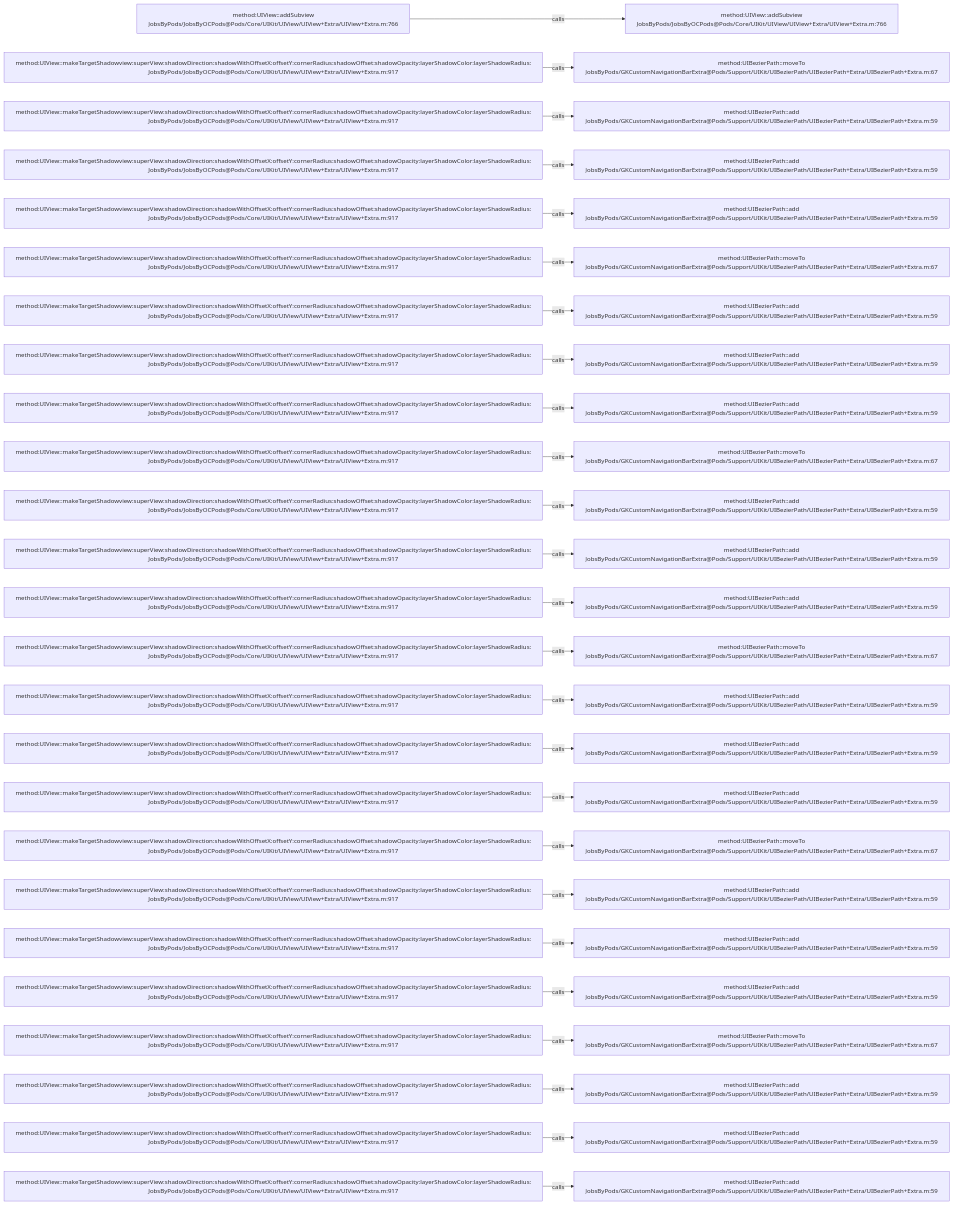
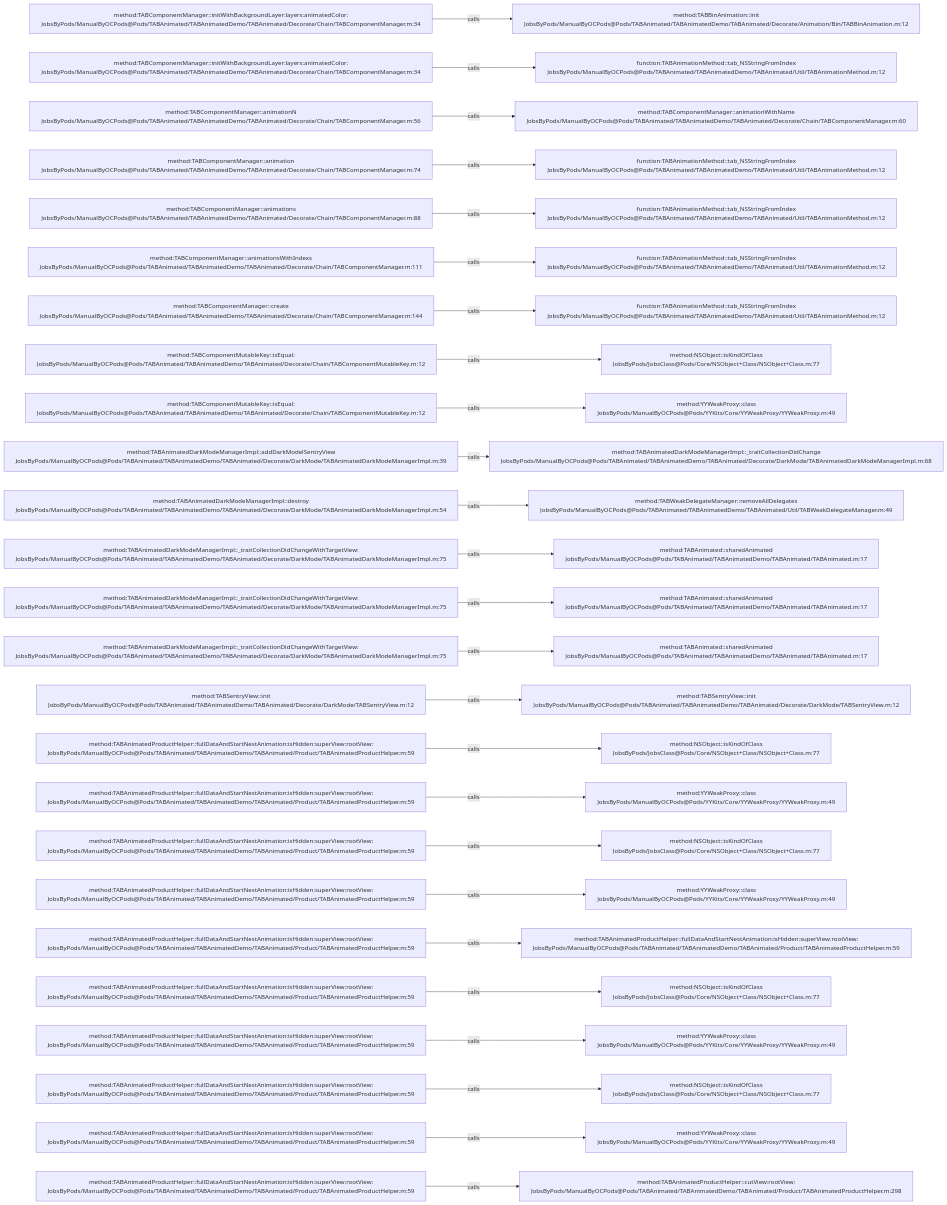
One commit to JobsKits/JobsOCBaseConfigDemo changed the diagram in .codegraph/codegraph.md/graphs/calls-040.md. Above: the diagram before and after it, drawn with Mermaid. The commit also changed 2162 other files, not shown here.

````diff
--- a/.codegraph/codegraph.md/graphs/calls-040.md
+++ b/.codegraph/codegraph.md/graphs/calls-040.md
@@ -13,78 +13,78 @@
 ```mermaid
 flowchart LR
-  S1["method:UIView::addSubview<br/>JobsByPods/JobsByOCPods@Pods/Core/UIKit/UIView/UIView+Extra/UIView+Extra.m:766"]
-  T1["method:UIView::addSubview<br/>JobsByPods/JobsByOCPods@Pods/Core/UIKit/UIView/UIView+Extra/UIView+Extra.m:766"]
+  S1["method:TABComponentManager::initWithBackgroundLayer:layers:animatedColor:<br/>JobsByPods/ManualByOCPods@Pods/TABAnimated/TABAnimatedDemo/TABAnimated/Decorate/Chain/TABComponentManager.m:34"]
+  T1["method:TABBinAnimation::init<br/>JobsByPods/ManualByOCPods@Pods/TABAnimated/TABAnimatedDemo/TABAnimated/Decorate/Animation/Bin/TABBinAnimation.m:12"]
   S1 -->|calls| T1
-  S2["method:UIView::makeTargetShadowview:superView:shadowDirection:shadowWithOffsetX:offsetY:cornerRadius:shadowOffset:shadowOpacity:layerShadowColor:layerShadowRadius:<br/>JobsByPods/JobsByOCPods@Pods/Core/UIKit/UIView/UIView+Extra/UIView+Extra.m:917"]
-  T2["method:UIBezierPath::moveTo<br/>JobsByPods/GKCustomNavigationBarExtra@Pods/Support/UIKit/UIBezierPath/UIBezierPath+Extra/UIBezierPath+Extra.m:67"]
+  S2["method:TABComponentManager::initWithBackgroundLayer:layers:animatedColor:<br/>JobsByPods/ManualByOCPods@Pods/TABAnimated/TABAnimatedDemo/TABAnimated/Decorate/Chain/TABComponentManager.m:34"]
+  T2["function:TABAnimationMethod::tab_NSStringFromIndex<br/>JobsByPods/ManualByOCPods@Pods/TABAnimated/TABAnimatedDemo/TABAnimated/Util/TABAnimationMethod.m:12"]
   S2 -->|calls| T2
-  S3["method:UIView::makeTargetShadowview:superView:shadowDirection:shadowWithOffsetX:offsetY:cornerRadius:shadowOffset:shadowOpacity:layerShadowColor:layerShadowRadius:<br/>JobsByPods/JobsByOCPods@Pods/Core/UIKit/UIView/UIView+Extra/UIView+Extra.m:917"]
-  T3["method:UIBezierPath::add<br/>JobsByPods/GKCustomNavigationBarExtra@Pods/Support/UIKit/UIBezierPath/UIBezierPath+Extra/UIBezierPath+Extra.m:59"]
+  S3["method:TABComponentManager::animationN<br/>JobsByPods/ManualByOCPods@Pods/TABAnimated/TABAnimatedDemo/TABAnimated/Decorate/Chain/TABComponentManager.m:56"]
+  T3["method:TABComponentManager::animationWithName<br/>JobsByPods/ManualByOCPods@Pods/TABAnimated/TABAnimatedDemo/TABAnimated/Decorate/Chain/TABComponentManager.m:60"]
   S3 -->|calls| T3
-  S4["method:UIView::makeTargetShadowview:superView:shadowDirection:shadowWithOffsetX:offsetY:cornerRadius:shadowOffset:shadowOpacity:layerShadowColor:layerShadowRadius:<br/>JobsByPods/JobsByOCPods@Pods/Core/UIKit/UIView/UIView+Extra/UIView+Extra.m:917"]
-  T4["method:UIBezierPath::add<br/>JobsByPods/GKCustomNavigationBarExtra@Pods/Support/UIKit/UIBezierPath/UIBezierPath+Extra/UIBezierPath+Extra.m:59"]
+  S4["method:TABComponentManager::animation<br/>JobsByPods/ManualByOCPods@Pods/TABAnimated/TABAnimatedDemo/TABAnimated/Decorate/Chain/TABComponentManager.m:74"]
+  T4["function:TABAnimationMethod::tab_NSStringFromIndex<br/>JobsByPods/ManualByOCPods@Pods/TABAnimated/TABAnimatedDemo/TABAnimated/Util/TABAnimationMethod.m:12"]
   S4 -->|calls| T4
-  S5["method:UIView::makeTargetShadowview:superView:shadowDirection:shadowWithOffsetX:offsetY:cornerRadius:shadowOffset:shadowOpacity:layerShadowColor:layerShadowRadius:<br/>JobsByPods/JobsByOCPods@Pods/Core/UIKit/UIView/UIView+Extra/UIView+Extra.m:917"]
-  T5["method:UIBezierPath::add<br/>JobsByPods/GKCustomNavigationBarExtra@Pods/Support/UIKit/UIBezierPath/UIBezierPath+Extra/UIBezierPath+Extra.m:59"]
+  S5["method:TABComponentManager::animations<br/>JobsByPods/ManualByOCPods@Pods/TABAnimated/TABAnimatedDemo/TABAnimated/Decorate/Chain/TABComponentManager.m:88"]
+  T5["function:TABAnimationMethod::tab_NSStringFromIndex<br/>JobsByPods/ManualByOCPods@Pods/TABAnimated/TABAnimatedDemo/TABAnimated/Util/TABAnimationMethod.m:12"]
   S5 -->|calls| T5
-  S6["method:UIView::makeTargetShadowview:superView:shadowDirection:shadowWithOffsetX:offsetY:cornerRadius:shadowOffset:shadowOpacity:layerShadowColor:layerShadowRadius:<br/>JobsByPods/JobsByOCPods@Pods/Core/UIKit/UIView/UIView+Extra/UIView+Extra.m:917"]
-  T6["method:UIBezierPath::moveTo<br/>JobsByPods/GKCustomNavigationBarExtra@Pods/Support/UIKit/UIBezierPath/UIBezierPath+Extra/UIBezierPath+Extra.m:67"]
+  S6["method:TABComponentManager::animationsWithIndexs<br/>JobsByPods/ManualByOCPods@Pods/TABAnimated/TABAnimatedDemo/TABAnimated/Decorate/Chain/TABComponentManager.m:111"]
+  T6["function:TABAnimationMethod::tab_NSStringFromIndex<br/>JobsByPods/ManualByOCPods@Pods/TABAnimated/TABAnimatedDemo/TABAnimated/Util/TABAnimationMethod.m:12"]
   S6 -->|calls| T6
-  S7["method:UIView::makeTargetShadowview:superView:shadowDirection:shadowWithOffsetX:offsetY:cornerRadius:shadowOffset:shadowOpacity:layerShadowColor:layerShadowRadius:<br/>JobsByPods/JobsByOCPods@Pods/Core/UIKit/UIView/UIView+Extra/UIView+Extra.m:917"]
-  T7["method:UIBezierPath::add<br/>JobsByPods/GKCustomNavigationBarExtra@Pods/Support/UIKit/UIBezierPath/UIBezierPath+Extra/UIBezierPath+Extra.m:59"]
+  S7["method:TABComponentManager::create<br/>JobsByPods/ManualByOCPods@Pods/TABAnimated/TABAnimatedDemo/TABAnimated/Decorate/Chain/TABComponentManager.m:144"]
+  T7["function:TABAnimationMethod::tab_NSStringFromIndex<br/>JobsByPods/ManualByOCPods@Pods/TABAnimated/TABAnimatedDemo/TABAnimated/Util/TABAnimationMethod.m:12"]
   S7 -->|calls| T7
-  S8["method:UIView::makeTargetShadowview:superView:shadowDirection:shadowWithOffsetX:offsetY:cornerRadius:shadowOffset:shadowOpacity:layerShadowColor:layerShadowRadius:<br/>JobsByPods/JobsByOCPods@Pods/Core/UIKit/UIView/UIView+Extra/UIView+Extra.m:917"]
-  T8["method:UIBezierPath::add<br/>JobsByPods/GKCustomNavigationBarExtra@Pods/Support/UIKit/UIBezierPath/UIBezierPath+Extra/UIBezierPath+Extra.m:59"]
+  S8["method:TABComponentMutableKey::isEqual:<br/>JobsByPods/ManualByOCPods@Pods/TABAnimated/TABAnimatedDemo/TABAnimated/Decorate/Chain/TABComponentMutableKey.m:12"]
+  T8["method:NSObject::isKindOfClass<br/>JobsByPods/JobsClass@Pods/Core/NSObject+Class/NSObject+Class.m:77"]
   S8 -->|calls| T8
-  S9["method:UIView::makeTargetShadowview:superView:shadowDirection:shadowWithOffsetX:offsetY:cornerRadius:shadowOffset:shadowOpacity:layerShadowColor:layerShadowRadius:<br/>JobsByPods/JobsByOCPods@Pods/Core/UIKit/UIView/UIView+Extra/UIView+Extra.m:917"]
-  T9["method:UIBezierPath::add<br/>JobsByPods/GKCustomNavigationBarExtra@Pods/Support/UIKit/UIBezierPath/UIBezierPath+Extra/UIBezierPath+Extra.m:59"]
+  S9["method:TABComponentMutableKey::isEqual:<br/>JobsByPods/ManualByOCPods@Pods/TABAnimated/TABAnimatedDemo/TABAnimated/Decorate/Chain/TABComponentMutableKey.m:12"]
+  T9["method:YYWeakProxy::class<br/>JobsByPods/ManualByOCPods@Pods/YYKits/Core/YYWeakProxy/YYWeakProxy.m:49"]
   S9 -->|calls| T9
-  S10["method:UIView::makeTargetShadowview:superView:shadowDirection:shadowWithOffsetX:offsetY:cornerRadius:shadowOffset:shadowOpacity:layerShadowColor:layerShadowRadius:<br/>JobsByPods/JobsByOCPods@Pods/Core/UIKit/UIView/UIView+Extra/UIView+Extra.m:917"]
-  T10["method:UIBezierPath::moveTo<br/>JobsByPods/GKCustomNavigationBarExtra@Pods/Support/UIKit/UIBezierPath/UIBezierPath+Extra/UIBezierPath+Extra.m:67"]
+  S10["method:TABAnimatedDarkModeManagerImpl::addDarkModelSentryView<br/>JobsByPods/ManualByOCPods@Pods/TABAnimated/TABAnimatedDemo/TABAnimated/Decorate/DarkMode/TABAnimatedDarkModeManagerImpl.m:39"]
+  T10["method:TABAnimatedDarkModeManagerImpl::_traitCollectionDidChange<br/>JobsByPods/ManualByOCPods@Pods/TABAnimated/TABAnimatedDemo/TABAnimated/Decorate/DarkMode/TABAnimatedDarkModeManagerImpl.m:68"]
   S10 -->|calls| T10
-  S11["method:UIView::makeTargetShadowview:superView:shadowDirection:shadowWithOffsetX:offsetY:cornerRadius:shadowOffset:shadowOpacity:layerShadowColor:layerShadowRadius:<br/>JobsByPods/JobsByOCPods@Pods/Core/UIKit/UIView/UIView+Extra/UIView+Extra.m:917"]
-  T11["method:UIBezierPath::add<br/>JobsByPods/GKCustomNavigationBarExtra@Pods/Support/UIKit/UIBezierPath/UIBezierPath+Extra/UIBezierPath+Extra.m:59"]
+  S11["method:TABAnimatedDarkModeManagerImpl::destroy<br/>JobsByPods/ManualByOCPods@Pods/TABAnimated/TABAnimatedDemo/TABAnimated/Decorate/DarkMode/TABAnimatedDarkModeManagerImpl.m:54"]
+  T11["method:TABWeakDelegateManager::removeAllDelegates<br/>JobsByPods/ManualByOCPods@Pods/TABAnimated/TABAnimatedDemo/TABAnimated/Util/TABWeakDelegateManager.m:49"]
   S11 -->|calls| T11
-  S12["method:UIView::makeTargetShadowview:superView:shadowDirection:shadowWithOffsetX:offsetY:cornerRadius:shadowOffset:shadowOpacity:layerShadowColor:layerShadowRadius:<br/>JobsByPods/JobsByOCPods@Pods/Core/UIKit/UIView/UIView+Extra/UIView+Extra.m:917"]
-  T12["method:UIBezierPath::add<br/>JobsByPods/GKCustomNavigationBarExtra@Pods/Support/UIKit/UIBezierPath/UIBezierPath+Extra/UIBezierPath+Extra.m:59"]
+  S12["method:TABAnimatedDarkModeManagerImpl::_traitCollectionDidChangeWithTargetView:<br/>JobsByPods/ManualByOCPods@Pods/TABAnimated/TABAnimatedDemo/TABAnimated/Decorate/DarkMode/TABAnimatedDarkModeManagerImpl.m:75"]
+  T12["method:TABAnimated::sharedAnimated<br/>JobsByPods/ManualByOCPods@Pods/TABAnimated/TABAnimatedDemo/TABAnimated/TABAnimated.m:17"]
   S12 -->|calls| T12
-  S13["method:UIView::makeTargetShadowview:superView:shadowDirection:shadowWithOffsetX:offsetY:cornerRadius:shadowOffset:shadowOpacity:layerShadowColor:layerShadowRadius:<br/>JobsByPods/JobsByOCPods@Pods/Core/UIKit/UIView/UIView+Extra/UIView+Extra.m:917"]
-  T13["method:UIBezierPath::add<br/>JobsByPods/GKCustomNavigationBarExtra@Pods/Support/UIKit/UIBezierPath/UIBezierPath+Extra/UIBezierPath+Extra.m:59"]
+  S13["method:TABAnimatedDarkModeManagerImpl::_traitCollectionDidChangeWithTargetView:<br/>JobsByPods/ManualByOCPods@Pods/TABAnimated/TABAnimatedDemo/TABAnimated/Decorate/DarkMode/TABAnimatedDarkModeManagerImpl.m:75"]
+  T13["method:TABAnimated::sharedAnimated<br/>JobsByPods/ManualByOCPods@Pods/TABAnimated/TABAnimatedDemo/TABAnimated/TABAnimated.m:17"]
   S13 -->|calls| T13
-  S14["method:UIView::makeTargetShadowview:superView:shadowDirection:shadowWithOffsetX:offsetY:cornerRadius:shadowOffset:shadowOpacity:layerShadowColor:layerShadowRadius:<br/>JobsByPods/JobsByOCPods@Pods/Core/UIKit/UIView/UIView+Extra/UIView+Extra.m:917"]
-  T14["method:UIBezierPath::moveTo<br/>JobsByPods/GKCustomNavigationBarExtra@Pods/Support/UIKit/UIBezierPath/UIBezierPath+Extra/UIBezierPath+Extra.m:67"]
+  S14["method:TABAnimatedDarkModeManagerImpl::_traitCollectionDidChangeWithTargetView:<br/>JobsByPods/ManualByOCPods@Pods/TABAnimated/TABAnimatedDemo/TABAnimated/Decorate/DarkMode/TABAnimatedDarkModeManagerImpl.m:75"]
+  T14["method:TABAnimated::sharedAnimated<br/>JobsByPods/ManualByOCPods@Pods/TABAnimated/TABAnimatedDemo/TABAnimated/TABAnimated.m:17"]
   S14 -->|calls| T14
-  S15["method:UIView::makeTargetShadowview:superView:shadowDirection:shadowWithOffsetX:offsetY:cornerRadius:shadowOffset:shadowOpacity:layerShadowColor:layerShadowRadius:<br/>JobsByPods/JobsByOCPods@Pods/Core/UIKit/UIView/UIView+Extra/UIView+Extra.m:917"]
-  T15["method:UIBezierPath::add<br/>JobsByPods/GKCustomNavigationBarExtra@Pods/Support/UIKit/UIBezierPath/UIBezierPath+Extra/UIBezierPath+Extra.m:59"]
+  S15["method:TABSentryView::init<br/>JobsByPods/ManualByOCPods@Pods/TABAnimated/TABAnimatedDemo/TABAnimated/Decorate/DarkMode/TABSentryView.m:12"]
+  T15["method:TABSentryView::init<br/>JobsByPods/ManualByOCPods@Pods/TABAnimated/TABAnimatedDemo/TABAnimated/Decorate/DarkMode/TABSentryView.m:12"]
   S15 -->|calls| T15
-  S16["method:UIView::makeTargetShadowview:superView:shadowDirection:shadowWithOffsetX:offsetY:cornerRadius:shadowOffset:shadowOpacity:layerShadowColor:layerShadowRadius:<br/>JobsByPods/JobsByOCPods@Pods/Core/UIKit/UIView/UIView+Extra/UIView+Extra.m:917"]
-  T16["method:UIBezierPath::add<br/>JobsByPods/GKCustomNavigationBarExtra@Pods/Support/UIKit/UIBezierPath/UIBezierPath+Extra/UIBezierPath+Extra.m:59"]
+  S16["method:TABAnimatedProductHelper::fullDataAndStartNestAnimation:isHidden:superView:rootView:<br/>JobsByPods/ManualByOCPods@Pods/TABAnimated/TABAnimatedDemo/TABAnimated/Product/TABAnimatedProductHelper.m:59"]
+  T16["method:NSObject::isKindOfClass<br/>JobsByPods/JobsClass@Pods/Core/NSObject+Class/NSObject+Class.m:77"]
   S16 -->|calls| T16
-  S17["method:UIView::makeTargetShadowview:superView:shadowDirection:shadowWithOffsetX:offsetY:cornerRadius:shadowOffset:shadowOpacity:layerShadowColor:layerShadowRadius:<br/>JobsByPods/JobsByOCPods@Pods/Core/UIKit/UIView/UIView+Extra/UIView+Extra.m:917"]
-  T17["method:UIBezierPath::add<br/>JobsByPods/GKCustomNavigationBarExtra@Pods/Support/UIKit/UIBezierPath/UIBezierPath+Extra/UIBezierPath+Extra.m:59"]
+  S17["method:TABAnimatedProductHelper::fullDataAndStartNestAnimation:isHidden:superView:rootView:<br/>JobsByPods/ManualByOCPods@Pods/TABAnimated/TABAnimatedDemo/TABAnimated/Product/TABAnimatedProductHelper.m:59"]
+  T17["method:YYWeakProxy::class<br/>JobsByPods/ManualByOCPods@Pods/YYKits/Core/YYWeakProxy/YYWeakProxy.m:49"]
   S17 -->|calls| T17
-  S18["method:UIView::makeTargetShadowview:superView:shadowDirection:shadowWithOffsetX:offsetY:cornerRadius:shadowOffset:shadowOpacity:layerShadowColor:layerShadowRadius:<br/>JobsByPods/JobsByOCPods@Pods/Core/UIKit/UIView/UIView+Extra/UIView+Extra.m:917"]
-  T18["method:UIBezierPath::moveTo<br/>JobsByPods/GKCustomNavigationBarExtra@Pods/Support/UIKit/UIBezierPath/UIBezierPath+Extra/UIBezierPath+Extra.m:67"]
+  S18["method:TABAnimatedProductHelper::fullDataAndStartNestAnimation:isHidden:superView:rootView:<br/>JobsByPods/ManualByOCPods@Pods/TABAnimated/TABAnimatedDemo/TABAnimated/Product/TABAnimatedProductHelper.m:59"]
+  T18["method:NSObject::isKindOfClass<br/>JobsByPods/JobsClass@Pods/Core/NSObject+Class/NSObject+Class.m:77"]
   S18 -->|calls| T18
-  S19["method:UIView::makeTargetShadowview:superView:shadowDirection:shadowWithOffsetX:offsetY:cornerRadius:shadowOffset:shadowOpacity:layerShadowColor:layerShadowRadius:<br/>JobsByPods/JobsByOCPods@Pods/Core/UIKit/UIView/UIView+Extra/UIView+Extra.m:917"]
-  T19["method:UIBezierPath::add<br/>JobsByPods/GKCustomNavigationBarExtra@Pods/Support/UIKit/UIBezierPath/UIBezierPath+Extra/UIBezierPath+Extra.m:59"]
+  S19["method:TABAnimatedProductHelper::fullDataAndStartNestAnimation:isHidden:superView:rootView:<br/>JobsByPods/ManualByOCPods@Pods/TABAnimated/TABAnimatedDemo/TABAnimated/Product/TABAnimatedProductHelper.m:59"]
+  T19["method:YYWeakProxy::class<br/>JobsByPods/ManualByOCPods@Pods/YYKits/Core/YYWeakProxy/YYWeakProxy.m:49"]
   S19 -->|calls| T19
-  S20["method:UIView::makeTargetShadowview:superView:shadowDirection:shadowWithOffsetX:offsetY:cornerRadius:shadowOffset:shadowOpacity:layerShadowColor:layerShadowRadius:<br/>JobsByPods/JobsByOCPods@Pods/Core/UIKit/UIView/UIView+Extra/UIView+Extra.m:917"]
-  T20["method:UIBezierPath::add<br/>JobsByPods/GKCustomNavigationBarExtra@Pods/Support/UIKit/UIBezierPath/UIBezierPath+Extra/UIBezierPath+Extra.m:59"]
+  S20["method:TABAnimatedProductHelper::fullDataAndStartNestAnimation:isHidden:superView:rootView:<br/>JobsByPods/ManualByOCPods@Pods/TABAnimated/TABAnimatedDemo/TABAnimated/Product/TABAnimatedProductHelper.m:59"]
+  T20["method:TABAnimatedProductHelper::fullDataAndStartNestAnimation:isHidden:superView:rootView:<br/>JobsByPods/ManualByOCPods@Pods/TABAnimated/TABAnimatedDemo/TABAnimated/Product/TABAnimatedProductHelper.m:59"]
   S20 -->|calls| T20
-  S21["method:UIView::makeTargetShadowview:superView:shadowDirection:shadowWithOffsetX:offsetY:cornerRadius:shadowOffset:shadowOpacity:layerShadowColor:layerShadowRadius:<br/>JobsByPods/JobsByOCPods@Pods/Core/UIKit/UIView/UIView+Extra/UIView+Extra.m:917"]
-  T21["method:UIBezierPath::add<br/>JobsByPods/GKCustomNavigationBarExtra@Pods/Support/UIKit/UIBezierPath/UIBezierPath+Extra/UIBezierPath+Extra.m:59"]
+  S21["method:TABAnimatedProductHelper::fullDataAndStartNestAnimation:isHidden:superView:rootView:<br/>JobsByPods/ManualByOCPods@Pods/TABAnimated/TABAnimatedDemo/TABAnimated/Product/TABAnimatedProductHelper.m:59"]
+  T21["method:NSObject::isKindOfClass<br/>JobsByPods/JobsClass@Pods/Core/NSObject+Class/NSObject+Class.m:77"]
   S21 -->|calls| T21
-  S22["method:UIView::makeTargetShadowview:superView:shadowDirection:shadowWithOffsetX:offsetY:cornerRadius:shadowOffset:shadowOpacity:layerShadowColor:layerShadowRadius:<br/>JobsByPods/JobsByOCPods@Pods/Core/UIKit/UIView/UIView+Extra/UIView+Extra.m:917"]
-  T22["method:UIBezierPath::moveTo<br/>JobsByPods/GKCustomNavigationBarExtra@Pods/Support/UIKit/UIBezierPath/UIBezierPath+Extra/UIBezierPath+Extra.m:67"]
+  S22["method:TABAnimatedProductHelper::fullDataAndStartNestAnimation:isHidden:superView:rootView:<br/>JobsByPods/ManualByOCPods@Pods/TABAnimated/TABAnimatedDemo/TABAnimated/Product/TABAnimatedProductHelper.m:59"]
+  T22["method:YYWeakProxy::class<br/>JobsByPods/ManualByOCPods@Pods/YYKits/Core/YYWeakProxy/YYWeakProxy.m:49"]
   S22 -->|calls| T22
-  S23["method:UIView::makeTargetShadowview:superView:shadowDirection:shadowWithOffsetX:offsetY:cornerRadius:shadowOffset:shadowOpacity:layerShadowColor:layerShadowRadius:<br/>JobsByPods/JobsByOCPods@Pods/Core/UIKit/UIView/UIView+Extra/UIView+Extra.m:917"]
-  T23["method:UIBezierPath::add<br/>JobsByPods/GKCustomNavigationBarExtra@Pods/Support/UIKit/UIBezierPath/UIBezierPath+Extra/UIBezierPath+Extra.m:59"]
+  S23["method:TABAnimatedProductHelper::fullDataAndStartNestAnimation:isHidden:superView:rootView:<br/>JobsByPods/ManualByOCPods@Pods/TABAnimated/TABAnimatedDemo/TABAnimated/Product/TABAnimatedProductHelper.m:59"]
+  T23["method:NSObject::isKindOfClass<br/>JobsByPods/JobsClass@Pods/Core/NSObject+Class/NSObject+Class.m:77"]
   S23 -->|calls| T23
-  S24["method:UIView::makeTargetShadowview:superView:shadowDirection:shadowWithOffsetX:offsetY:cornerRadius:shadowOffset:shadowOpacity:layerShadowColor:layerShadowRadius:<br/>JobsByPods/JobsByOCPods@Pods/Core/UIKit/UIView/UIView+Extra/UIView+Extra.m:917"]
-  T24["method:UIBezierPath::add<br/>JobsByPods/GKCustomNavigationBarExtra@Pods/Support/UIKit/UIBezierPath/UIBezierPath+Extra/UIBezierPath+Extra.m:59"]
+  S24["method:TABAnimatedProductHelper::fullDataAndStartNestAnimation:isHidden:superView:rootView:<br/>JobsByPods/ManualByOCPods@Pods/TABAnimated/TABAnimatedDemo/TABAnimated/Product/TABAnimatedProductHelper.m:59"]
+  T24["method:YYWeakProxy::class<br/>JobsByPods/ManualByOCPods@Pods/YYKits/Core/YYWeakProxy/YYWeakProxy.m:49"]
   S24 -->|calls| T24
-  S25["method:UIView::makeTargetShadowview:superView:shadowDirection:shadowWithOffsetX:offsetY:cornerRadius:shadowOffset:shadowOpacity:layerShadowColor:layerShadowRadius:<br/>JobsByPods/JobsByOCPods@Pods/Core/UIKit/UIView/UIView+Extra/UIView+Extra.m:917"]
-  T25["method:UIBezierPath::add<br/>JobsByPods/GKCustomNavigationBarExtra@Pods/Support/UIKit/UIBezierPath/UIBezierPath+Extra/UIBezierPath+Extra.m:59"]
+  S25["method:TABAnimatedProductHelper::fullDataAndStartNestAnimation:isHidden:superView:rootView:<br/>JobsByPods/ManualByOCPods@Pods/TABAnimated/TABAnimatedDemo/TABAnimated/Product/TABAnimatedProductHelper.m:59"]
+  T25["method:TABAnimatedProductHelper::cutView:rootView:<br/>JobsByPods/ManualByOCPods@Pods/TABAnimated/TABAnimatedDemo/TABAnimated/Product/TABAnimatedProductHelper.m:298"]
   S25 -->|calls| T25
 ```
````
